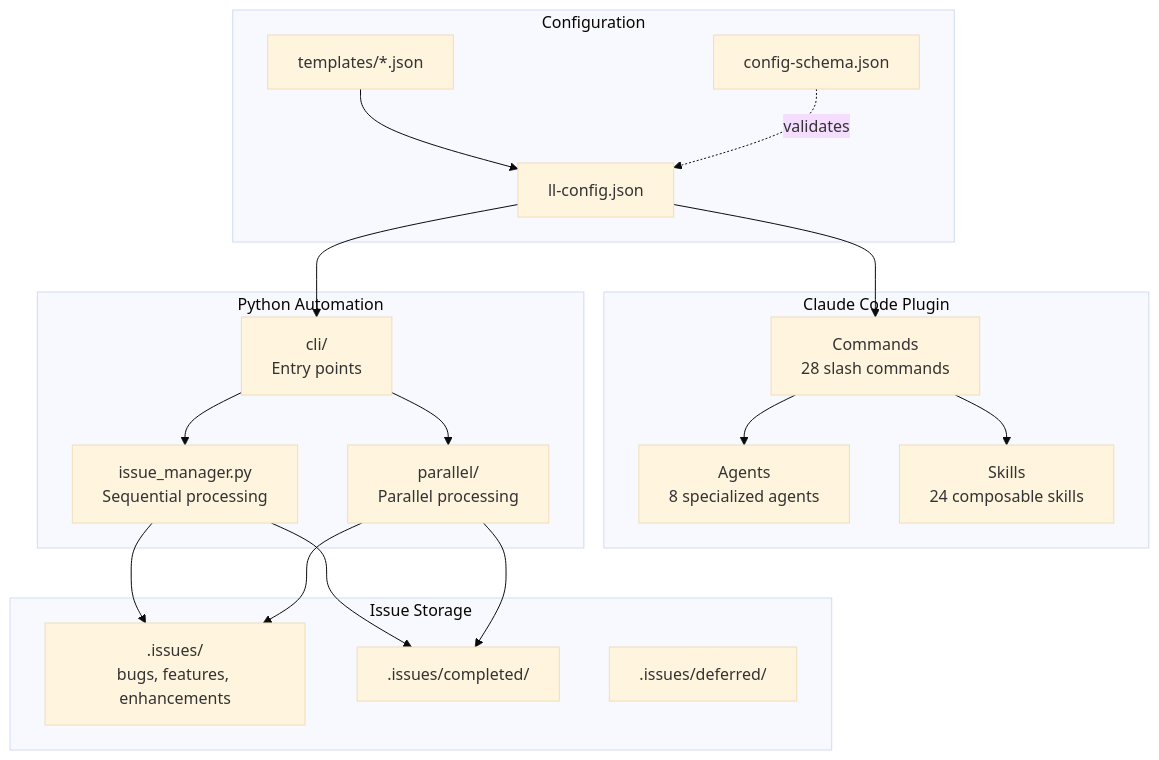
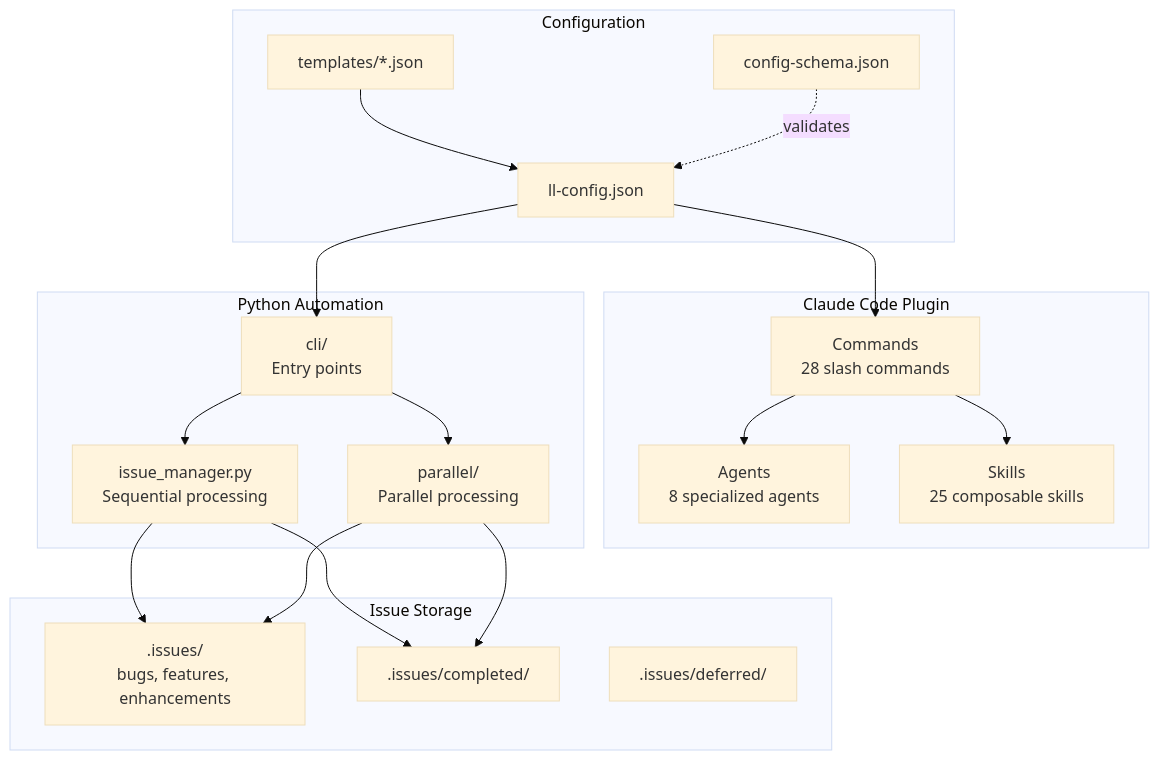
The first of 13 diagrams in docs/ARCHITECTURE.md (BrennonTWilliams/little-loops), drawn with Mermaid (base theme) before and after one commit. The commit also changed other lines of this file and 8 other files, not shown here.

````diff
--- a/docs/ARCHITECTURE.md
+++ b/docs/ARCHITECTURE.md
@@ -21,39 +21,39 @@
 ```mermaid
 flowchart TB
     subgraph "Claude Code Plugin"
         CMD[Commands<br/>28 slash commands]
         AGT[Agents<br/>8 specialized agents]
-        SKL[Skills<br/>24 composable skills]
+        SKL[Skills<br/>25 composable skills]
     end
 
     subgraph "Configuration"
         CFG[ll-config.json]
         SCHEMA[config-schema.json]
         TPL[templates/*.json]
     end
 
     subgraph "Python Automation"
         CLI[cli/<br/>Entry points]
         AUTO[issue_manager.py<br/>Sequential processing]
         PARALLEL[parallel/<br/>Parallel processing]
     end
 
     subgraph "Issue Storage"
         ISSUES[.issues/<br/>bugs, features, enhancements]
         COMPLETED[.issues/completed/]
         DEFERRED[.issues/deferred/]
     end
 
     CFG --> CMD
     TPL --> CFG
     SCHEMA -.->|validates| CFG
     CFG --> CLI
     CMD --> AGT
     CMD --> SKL
     CLI --> AUTO
     CLI --> PARALLEL
     AUTO --> ISSUES
     PARALLEL --> ISSUES
     AUTO --> COMPLETED
     PARALLEL --> COMPLETED
 ```
````
